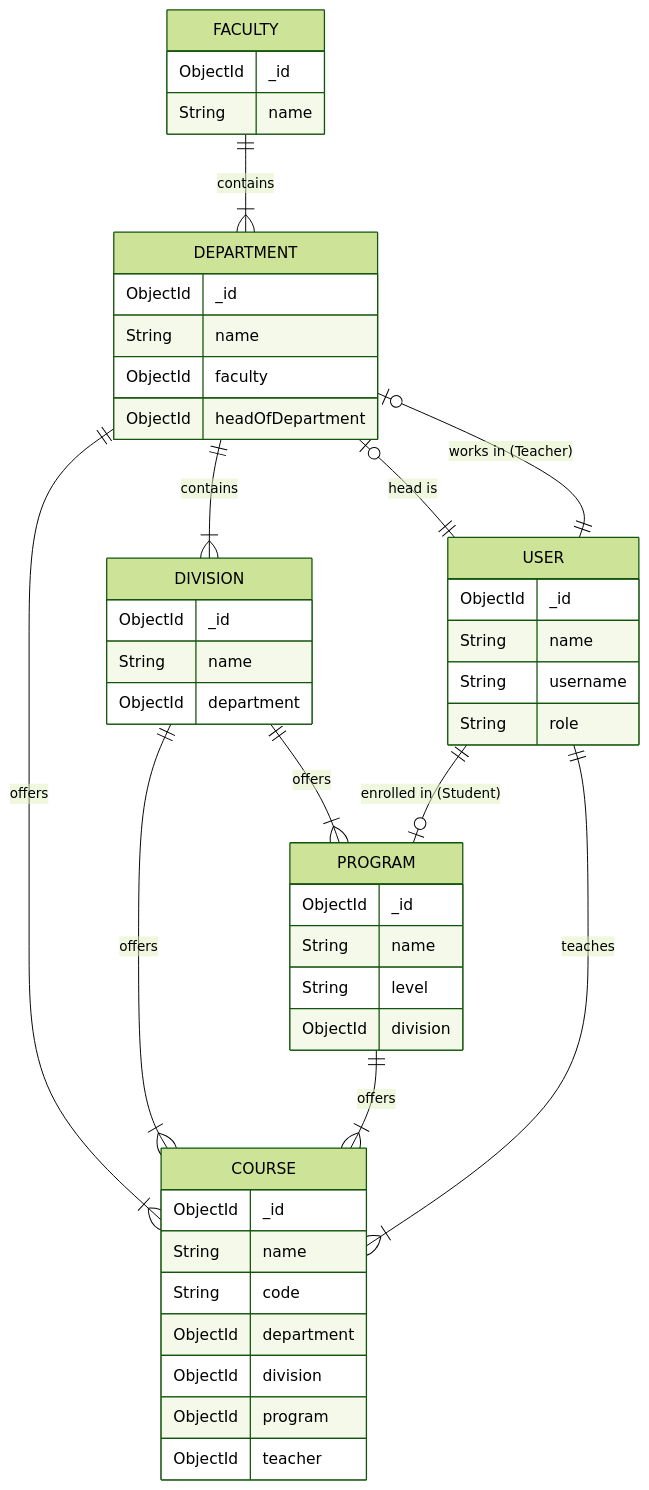
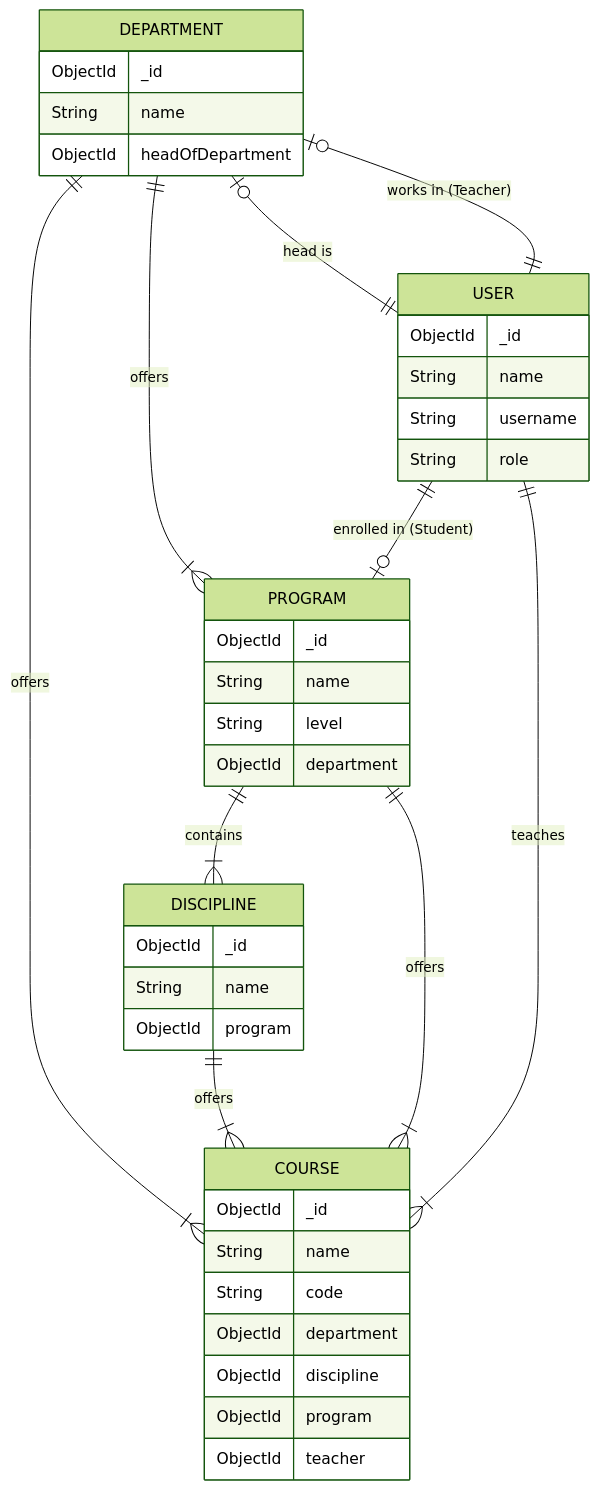
Before and after one commit to Ta1al/ams: the second of 2 diagrams in documentation/models.md, drawn with Mermaid (forest theme). The commit also changed other lines of this file and 2 other files, not shown here.

Commit message:
feat: Update documentation to replace 'faculty' and 'division' with 'discipline'; reflect changes in API routes and data models

````diff
--- a/documentation/models.md
+++ b/documentation/models.md
@@ -112,58 +104,51 @@
 ```mermaid
 erDiagram
-    FACULTY ||--|{ DEPARTMENT : contains
-    DEPARTMENT ||--|{ DIVISION : contains
-    DIVISION ||--|{ PROGRAM : offers
+    DEPARTMENT ||--|{ PROGRAM : offers
+    PROGRAM ||--|{ DISCIPLINE : contains
 
     DEPARTMENT ||--|{ COURSE : offers
-    DIVISION ||--|{ COURSE : offers
+    DISCIPLINE ||--|{ COURSE : offers
     PROGRAM ||--|{ COURSE : offers
     USER ||--|{ COURSE : teaches
     
     USER ||--o| PROGRAM : "enrolled in (Student)"
     USER ||--o| DEPARTMENT : "works in (Teacher)"
     
     DEPARTMENT |o--|| USER : "head is"
 
-    FACULTY {
-        ObjectId _id
-        String name
-    }
-
     DEPARTMENT {
         ObjectId _id
         String name
-        ObjectId faculty
         ObjectId headOfDepartment
     }
 
-    DIVISION {
+    DISCIPLINE {
         ObjectId _id
         String name
-        ObjectId department
+        ObjectId program
     }
 
     PROGRAM {
         ObjectId _id
         String name
         String level
-        ObjectId division
+        ObjectId department
     }
 
     COURSE {
         ObjectId _id
         String name
         String code
         ObjectId department
-        ObjectId division
+        ObjectId discipline
         ObjectId program
         ObjectId teacher
     }
 
     USER {
         ObjectId _id
         String name
         String username
         String role
     }
 ```
````
